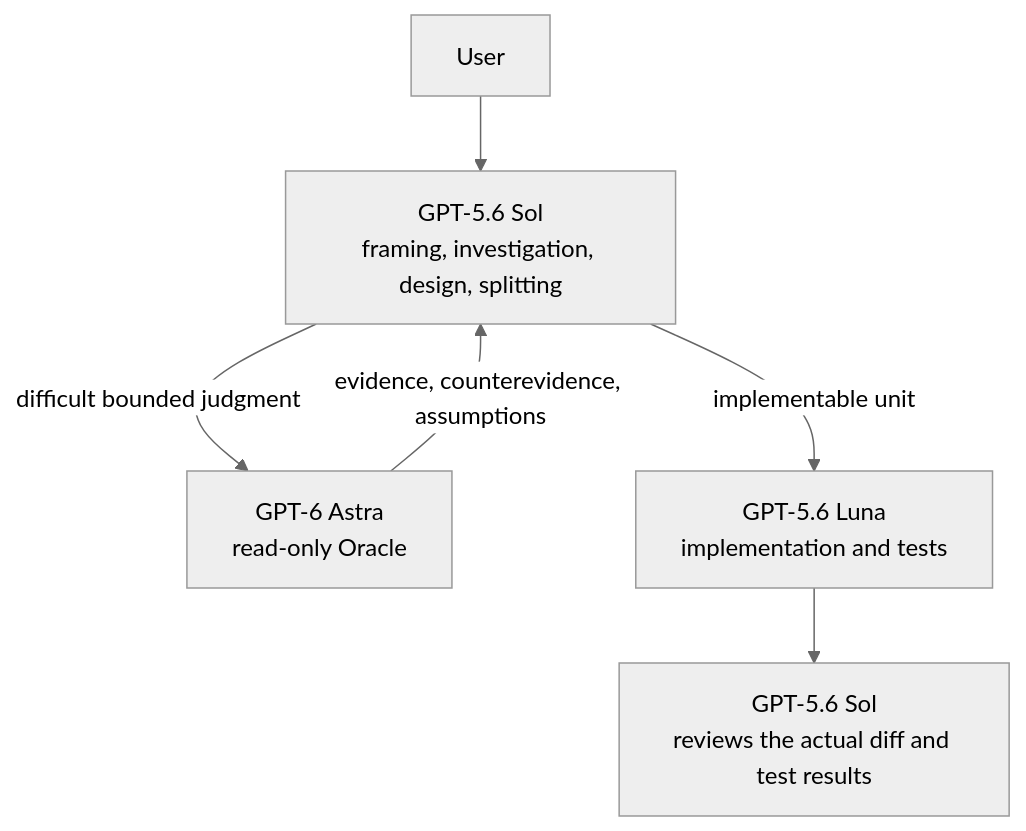
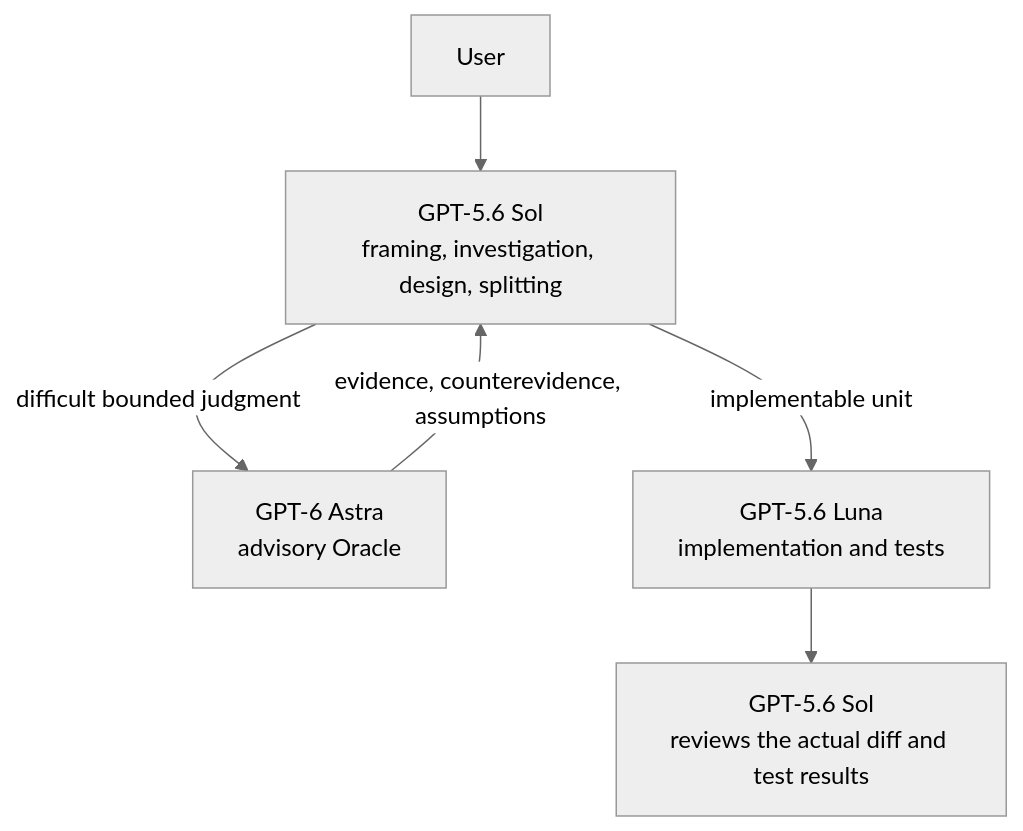
One commit to whitedoll99/codex-exosphere changed the first of 3 diagrams in README_en.md. Above: the diagram before and after it, drawn with Mermaid (neutral theme). The commit also changed other lines of this file and 2 other files, not shown here.

Commit message:
docs: clarify Astra boundary and prepare v0.2.0

````diff
--- a/README_en.md
+++ b/README_en.md
@@ -21,8 +21,8 @@
 ```mermaid
 flowchart TD
     U["User"] --> S1["GPT-5.6 Sol<br/>framing, investigation, design, splitting"]
-    S1 -->|"difficult bounded judgment"| A["GPT-6 Astra<br/>read-only Oracle"]
+    S1 -->|"difficult bounded judgment"| A["GPT-6 Astra<br/>advisory Oracle"]
     A -->|"evidence, counterevidence, assumptions"| S1
     S1 -->|"implementable unit"| L["GPT-5.6 Luna<br/>implementation and tests"]
     L --> S2["GPT-5.6 Sol<br/>reviews the actual diff and test results"]
 ```
````
